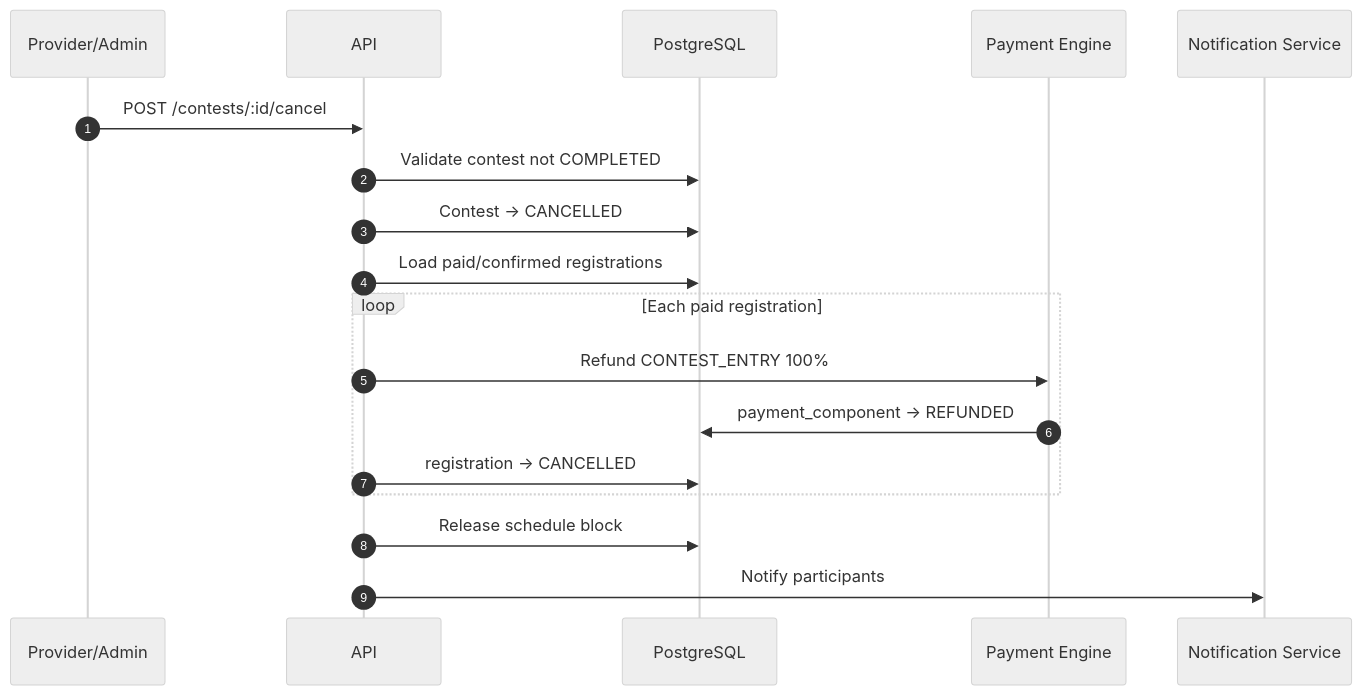
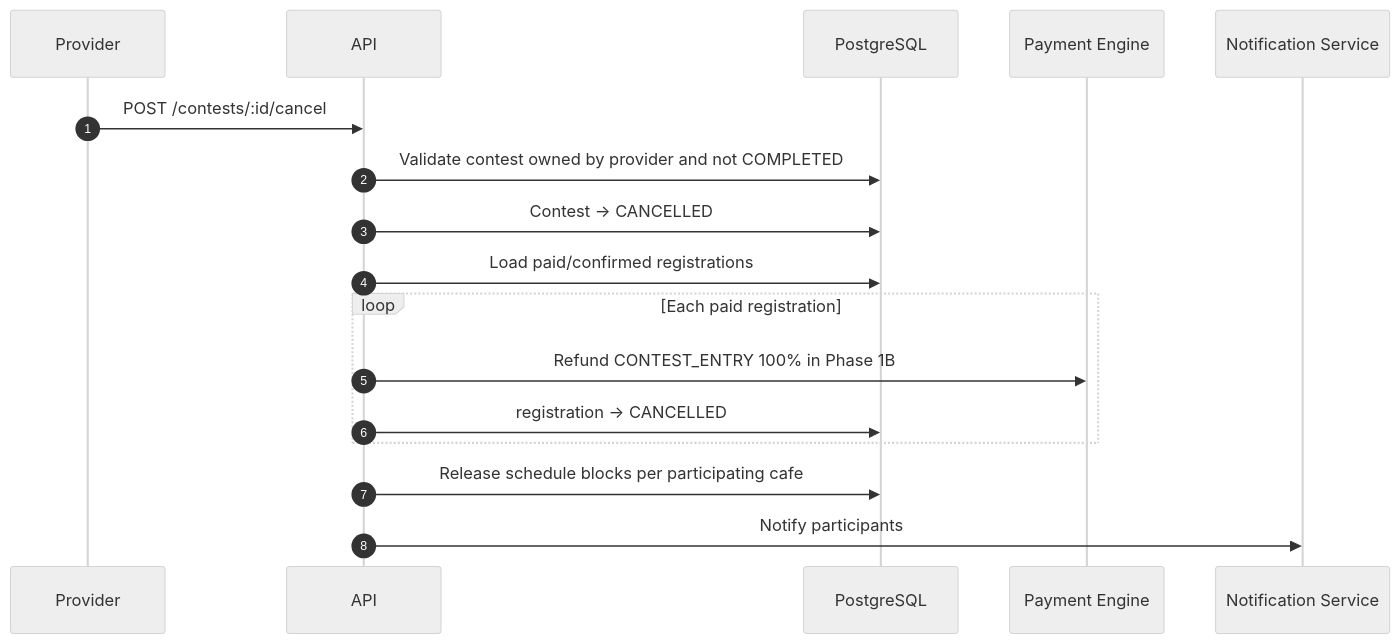
One commit to RCField-SEP490/rcfield-spec changed the tenth of 11 diagrams in docs/diagrams/sequence/sequence-flow-contest-lifecycle.md. Above: the diagram before and after it, drawn with Mermaid (neutral theme). The commit also changed other lines of this file and 6 other files, not shown here.

Commit message:
docs: update contest multi-branch flow

````diff
--- a/docs/diagrams/sequence/sequence-flow-contest-lifecycle.md
+++ b/docs/diagrams/sequence/sequence-flow-contest-lifecycle.md
@@ -321,21 +315,20 @@
 ```mermaid
 sequenceDiagram
     autonumber
-    participant P as Provider/Admin
+    participant P as Provider
     participant API as API
     participant DB as PostgreSQL
     participant Pay as Payment Engine
     participant N as Notification Service
 
     P->>API: POST /contests/:id/cancel
-    API->>DB: Validate contest not COMPLETED
+    API->>DB: Validate contest owned by provider and not COMPLETED
     API->>DB: Contest -> CANCELLED
     API->>DB: Load paid/confirmed registrations
     loop Each paid registration
-        API->>Pay: Refund CONTEST_ENTRY 100%
-        Pay->>DB: payment_component -> REFUNDED
+        API->>Pay: Refund CONTEST_ENTRY 100% in Phase 1B
         API->>DB: registration -> CANCELLED
     end
-    API->>DB: Release schedule block
+    API->>DB: Release schedule blocks per participating cafe
     API->>N: Notify participants
 ```
````
